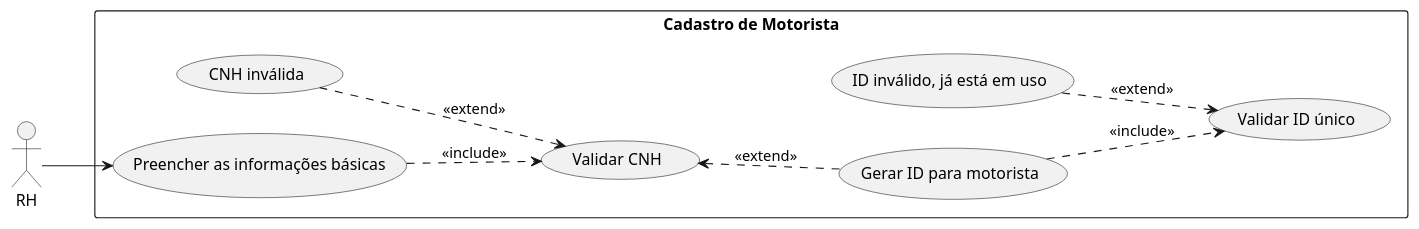
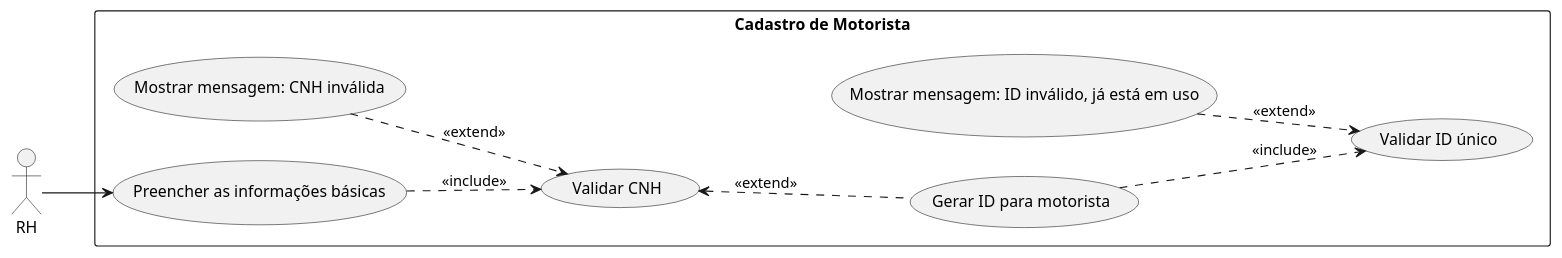
Before and after one commit to AnaBeatrizA-Silva/CaronaCorporativa_EngSof: the diagram in estudoDeCasos/cadastroMotorista.puml, drawn with PlantUML. The commit also changed 16 other files, not shown here.

Commit message:
Exportando para xml os diagramas e concertando os estudos de caso

```diff
--- a/estudoDeCasos/cadastroMotorista.puml
+++ b/estudoDeCasos/cadastroMotorista.puml
@@ -1,22 +1,22 @@
 @startuml Cdastro de Motorista
 
 left to right direction
 
 actor RH
 rectangle "Cadastro de Motorista" as CadMot {
   usecase "Preencher as informações básicas" as cadMot_Info
   usecase "Validar CNH" as cadMot_ValiCNH
-  usecase "CNH inválida" as cadMot_InvaCNH
+  usecase "Mostrar mensagem: CNH inválida" as cadMot_InvaCNH
   usecase "Gerar ID para motorista" as cadMot_ID
   usecase "Validar ID único" as cadMot_ValiID
-  usecase "ID inválido, já está em uso" as cadMot_InvaID
+  usecase "Mostrar mensagem: ID inválido, já está em uso" as cadMot_InvaID
 }
 
 RH --> cadMot_Info
 cadMot_Info .down.> cadMot_ValiCNH: <<include>>
 cadMot_ValiCNH <.. cadMot_ID: <<extend>>
 cadMot_ValiCNH <.up. cadMot_InvaCNH: <<extend>>
 cadMot_ID .down.> cadMot_ValiID: <<include>>
 cadMot_ValiID <.up. cadMot_InvaID: <<extend>>
 
 @enduml
```
